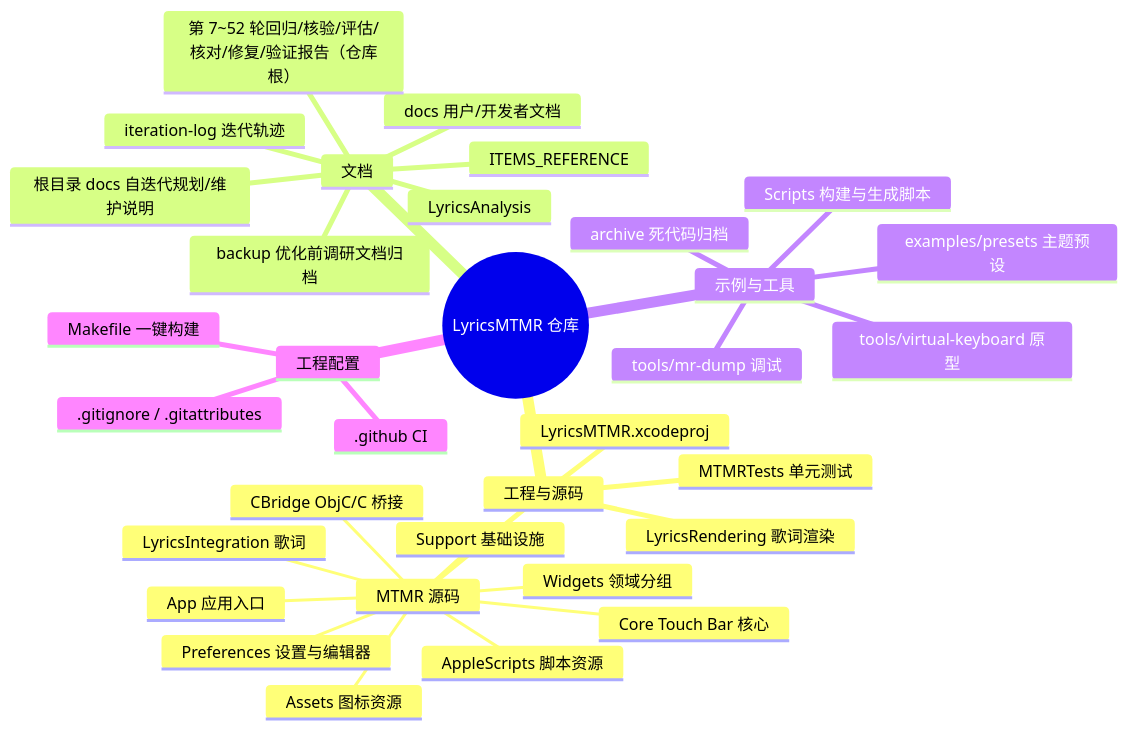
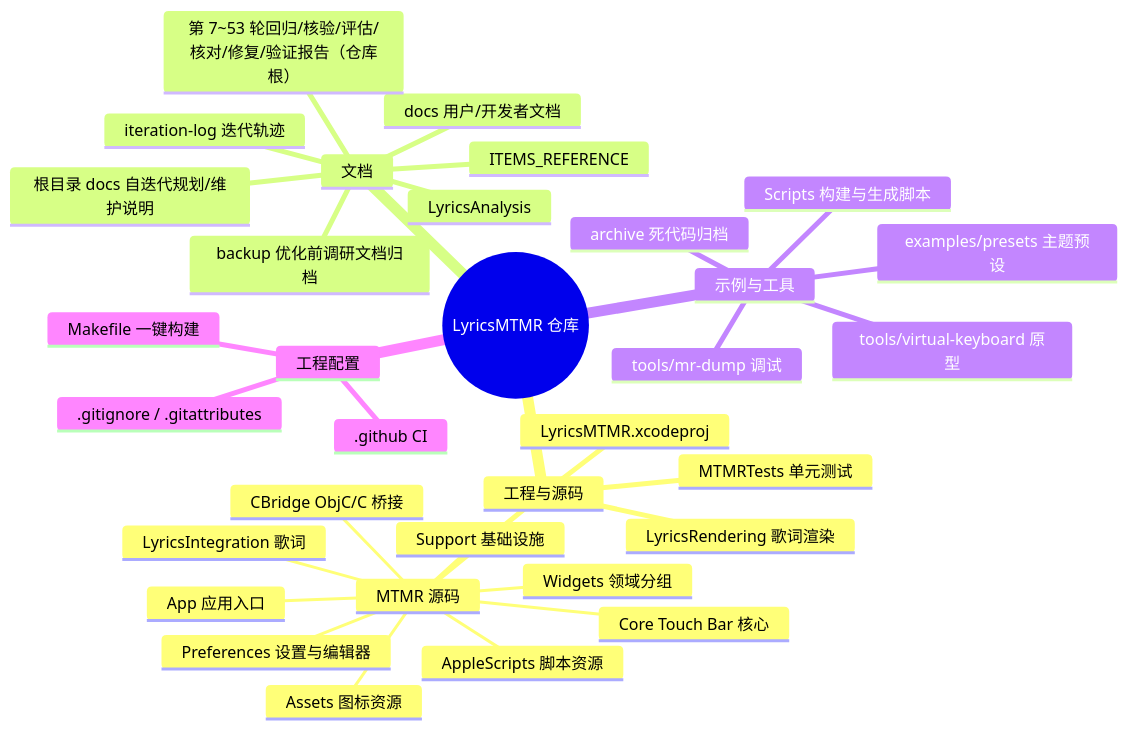
One commit to Tangzishun-Li/LyricsMTMR changed the first of 2 diagrams in LyricsMTMR/docs/file-structure.zh.md. Above: the diagram before and after it, drawn with Mermaid. The commit also changed other lines of this file and 3 other files, not shown here.

````diff
--- a/LyricsMTMR/docs/file-structure.zh.md
+++ b/LyricsMTMR/docs/file-structure.zh.md
@@ -10,36 +10,36 @@
 ```mermaid
 mindmap
   root((LyricsMTMR 仓库))
     工程与源码
       LyricsMTMR.xcodeproj
       MTMR 源码
         App 应用入口
         Core Touch Bar 核心
         Support 基础设施
         Widgets 领域分组
         Preferences 设置与编辑器
         LyricsIntegration 歌词
         CBridge ObjC/C 桥接
         AppleScripts 脚本资源
         Assets 图标资源
       LyricsRendering 歌词渲染
       MTMRTests 单元测试
     文档
       docs 用户/开发者文档
       ITEMS_REFERENCE
       LyricsAnalysis
       backup 优化前调研文档归档
       iteration-log 迭代轨迹
       根目录 docs 自迭代规划/维护说明
-      第 7~52 轮回归/核验/评估/核对/修复/验证报告（仓库根）
+      第 7~53 轮回归/核验/评估/核对/修复/验证报告（仓库根）
     示例与工具
       examples/presets 主题预设
       tools/mr-dump 调试
       tools/virtual-keyboard 原型
       Scripts 构建与生成脚本
       archive 死代码归档
     工程配置
       .github CI
       .gitignore / .gitattributes
       Makefile 一键构建
 ```
````
